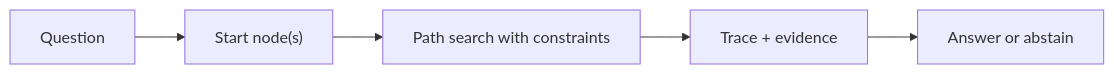
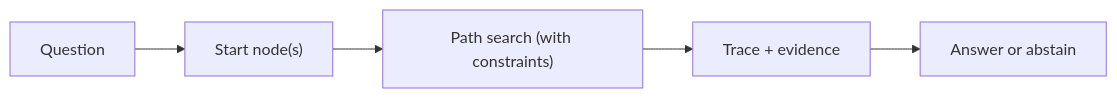
The first of 3 diagrams in docs/methodology/causalgraphrag.md (5Reasons/5reasons.github.io), drawn with Mermaid before and after one commit. The commit also changed other lines of this file and 19 other files, not shown here.

````diff
--- a/docs/methodology/causalgraphrag.md
+++ b/docs/methodology/causalgraphrag.md
@@ -20,4 +56,7 @@
 ```mermaid
-flowchart LR
-  Q["Question"] --> S["Start node(s)"]; S --> P["Path search with constraints"]; P --> T["Trace + evidence"]; T --> A["Answer or abstain"];
+flowchart LR;
+  Q["Question"] --> S["Start node(s)"];
+  S --> P["Path search (with constraints)"];
+  P --> T["Trace + evidence"];
+  T --> A["Answer or abstain"];
 ```
````
